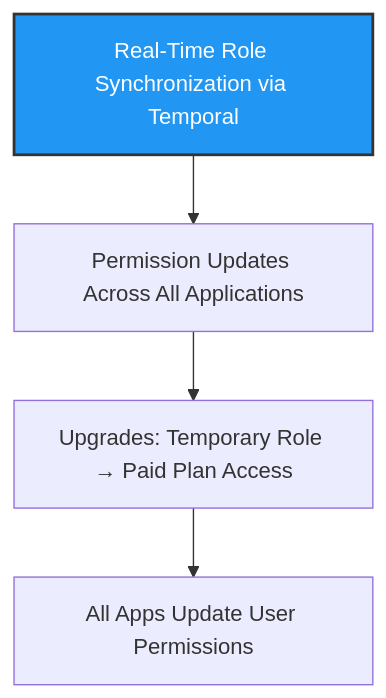
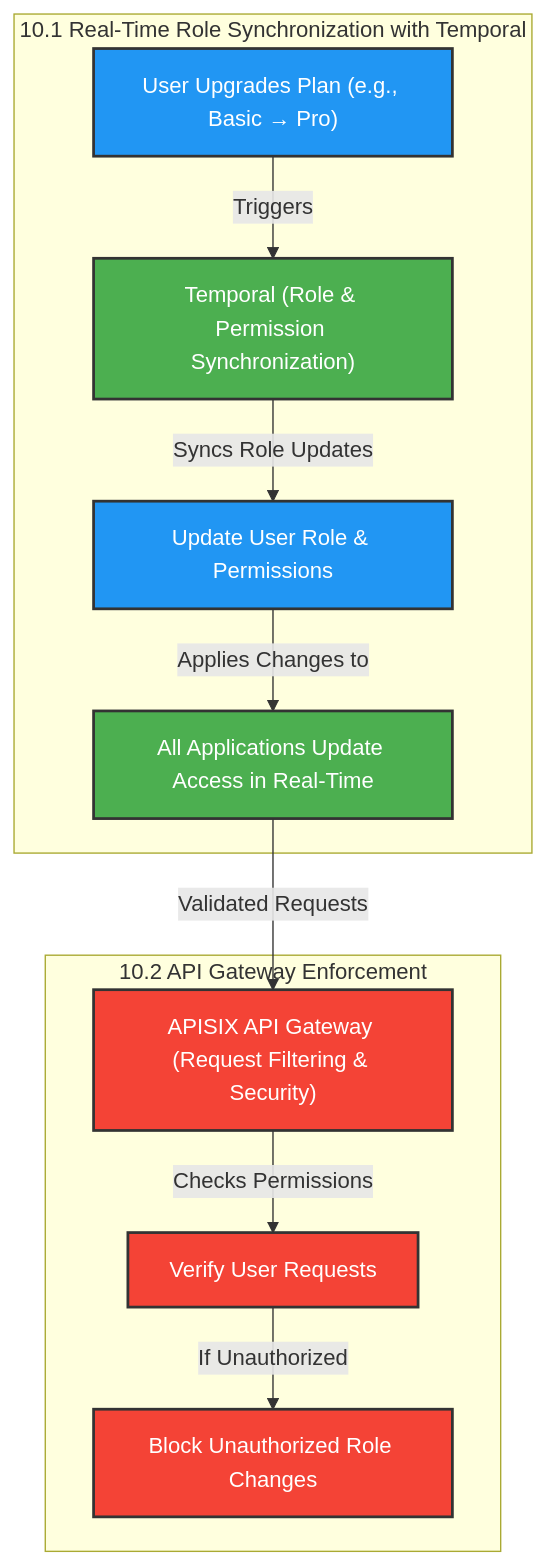
Before and after one commit to LuigiClemente/workflow: the tenth of 10 diagrams in README.md, drawn with Mermaid. The commit also changed other lines of this file, not shown here.

````diff
--- a/README.md
+++ b/README.md
@@ -328,14 +475,32 @@
 ```mermaid
 flowchart TD
     %% Define Colors
-    classDef processStyle fill:#2196F3,stroke:#333,stroke-width:2px,color:#fff;
+    classDef syncStyle fill:#4CAF50,stroke:#333,stroke-width:2px,color:#fff;
+    classDef securityStyle fill:#F44336,stroke:#333,stroke-width:2px,color:#fff;
+    classDef roleStyle fill:#2196F3,stroke:#333,stroke-width:2px,color:#fff;
 
-    %% Role & Permission Flow
-    roleSync["Real-Time Role Synchronization via Temporal"]
-    class roleSync processStyle
+    %% Real-Time Role Synchronization
+    subgraph Role_Sync["10.1 Real-Time Role Synchronization with Temporal"]
+        Temporal["Temporal (Role & Permission Synchronization)"]:::syncStyle
+        UserUpgrade["User Upgrades Plan (e.g., Basic → Pro)"]:::roleStyle
+        UpdateRoles["Update User Role & Permissions"]:::roleStyle
+        AppsUpdate["All Applications Update Access in Real-Time"]:::syncStyle
+    end
 
-    roleSync --> permissionUpdates["Permission Updates Across All Applications"]
-    permissionUpdates --> planUpgrade["Upgrades: Temporary Role → Paid Plan Access"]
-    planUpgrade --> accessSync["All Apps Update User Permissions"]
+    %% API Security & Enforcement
+    subgraph API_Security["10.2 API Gateway Enforcement"]
+        APISIX["APISIX API Gateway (Request Filtering & Security)"]:::securityStyle
+        VerifyRequest["Verify User Requests"]:::securityStyle
+        BlockUnauthorized["Block Unauthorized Role Changes"]:::securityStyle
+    end
+
+    %% Connections
+    UserUpgrade -->|Triggers| Temporal
+    Temporal -->|Syncs Role Updates| UpdateRoles
+    UpdateRoles -->|Applies Changes to| AppsUpdate
+
+    AppsUpdate -->|Validated Requests| APISIX
+    APISIX -->|Checks Permissions| VerifyRequest
+    VerifyRequest -->|If Unauthorized| BlockUnauthorized
 
 ```
````
